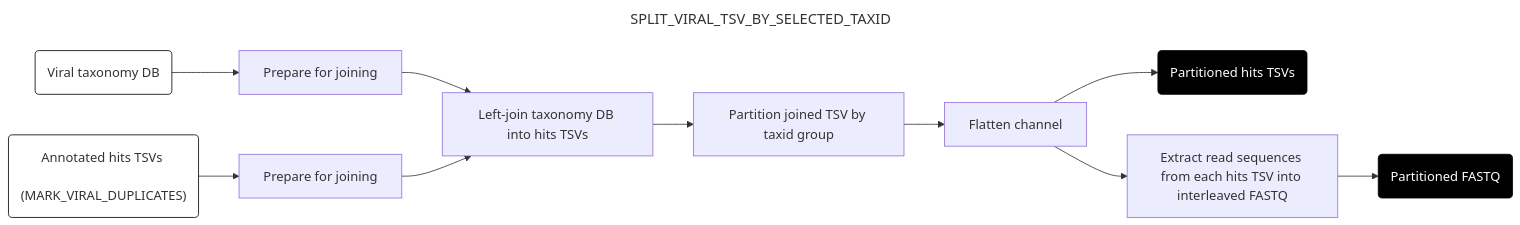
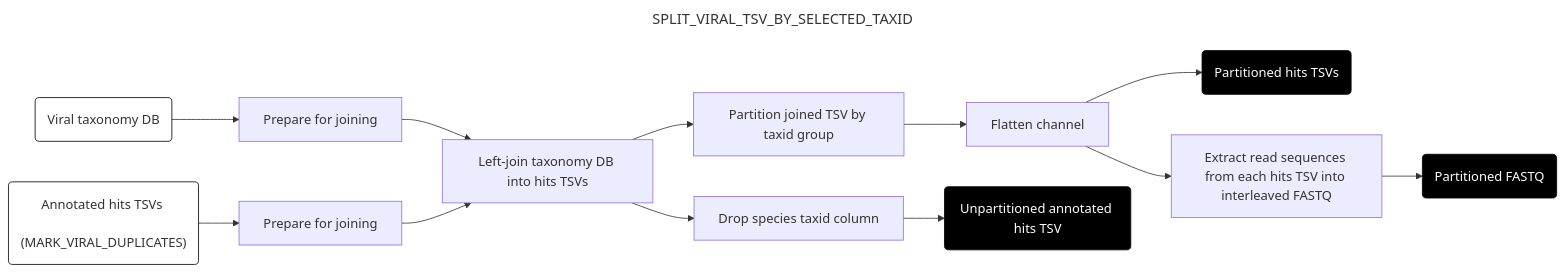
Before and after one commit to securebio/nao-mgs-workflow: the sixth of 10 diagrams in docs/downstream.md, drawn with Mermaid. The commit also changed other lines of this file and 3 other files, not shown here.

````diff
--- a/docs/downstream.md
+++ b/docs/downstream.md
@@ -333,21 +333,24 @@
 ```mermaid
 ---
 title: SPLIT_VIRAL_TSV_BY_SELECTED_TAXID
 config:
   layout: horizontal
 ---
 flowchart LR
 A("Viral taxonomy DB") --> B[Prepare for joining]
 C("Annotated hits TSVs <br> (MARK_VIRAL_DUPLICATES)") --> D[Prepare for joining]
 B --> E[Left-join taxonomy DB into hits TSVs]
 D --> E
 E --> F[Partition joined TSV by taxid group]
 F --> G[Flatten channel]
 G --> H(Partitioned hits TSVs)
 G --> I[Extract read sequences from each hits TSV into interleaved FASTQ]
 I --> J(Partitioned FASTQ)
+E --> K[Drop species taxid column]
+K --> L(Unpartitioned annotated hits TSV)
 style A fill:#fff,stroke:#000
 style C fill:#fff,stroke:#000
 style H fill:#000,color:#fff,stroke:#000
 style J fill:#000,color:#fff,stroke:#000
+style L fill:#000,color:#fff,stroke:#000
 ```
````
